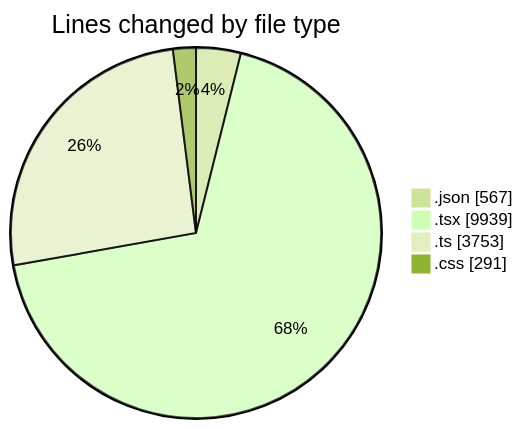
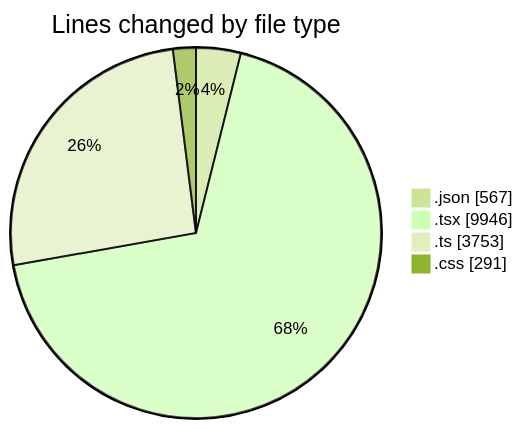
The first of 2 diagrams in 2025-10-07/eventscop-frontend-guide__workspace_/README.md (julien-gomy/code-tracking), drawn with Mermaid (forest theme) before and after one commit. The commit also changed other lines of this file and 1 other file, not shown here.

````diff
--- a/2025-10-07/eventscop-frontend-guide__workspace_/README.md
+++ b/2025-10-07/eventscop-frontend-guide__workspace_/README.md
@@ -91,8 +91,8 @@
 ```mermaid
 pie showData
 title Lines changed by file type
 ".json" : 567
-".tsx" : 9939
+".tsx" : 9946
 ".ts" : 3753
 ".css" : 291
 ```
````
